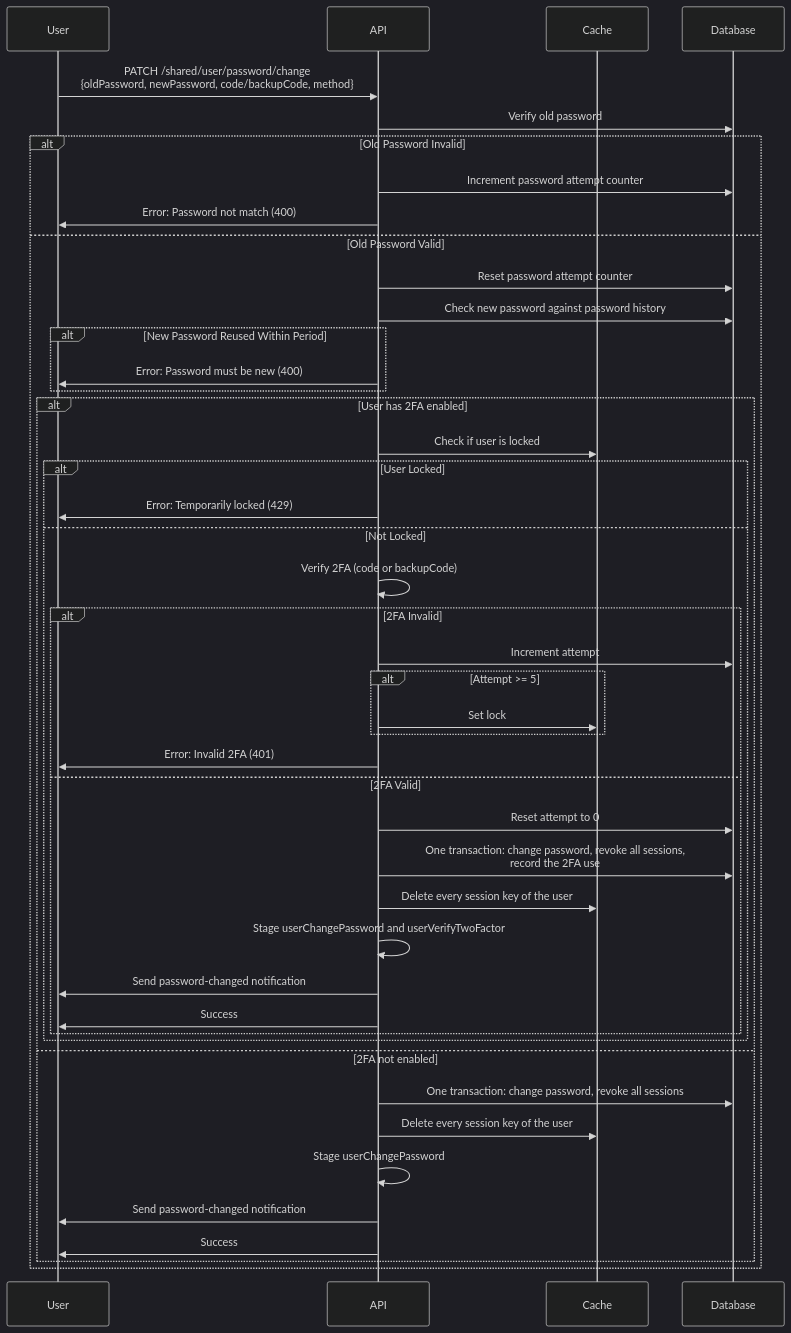
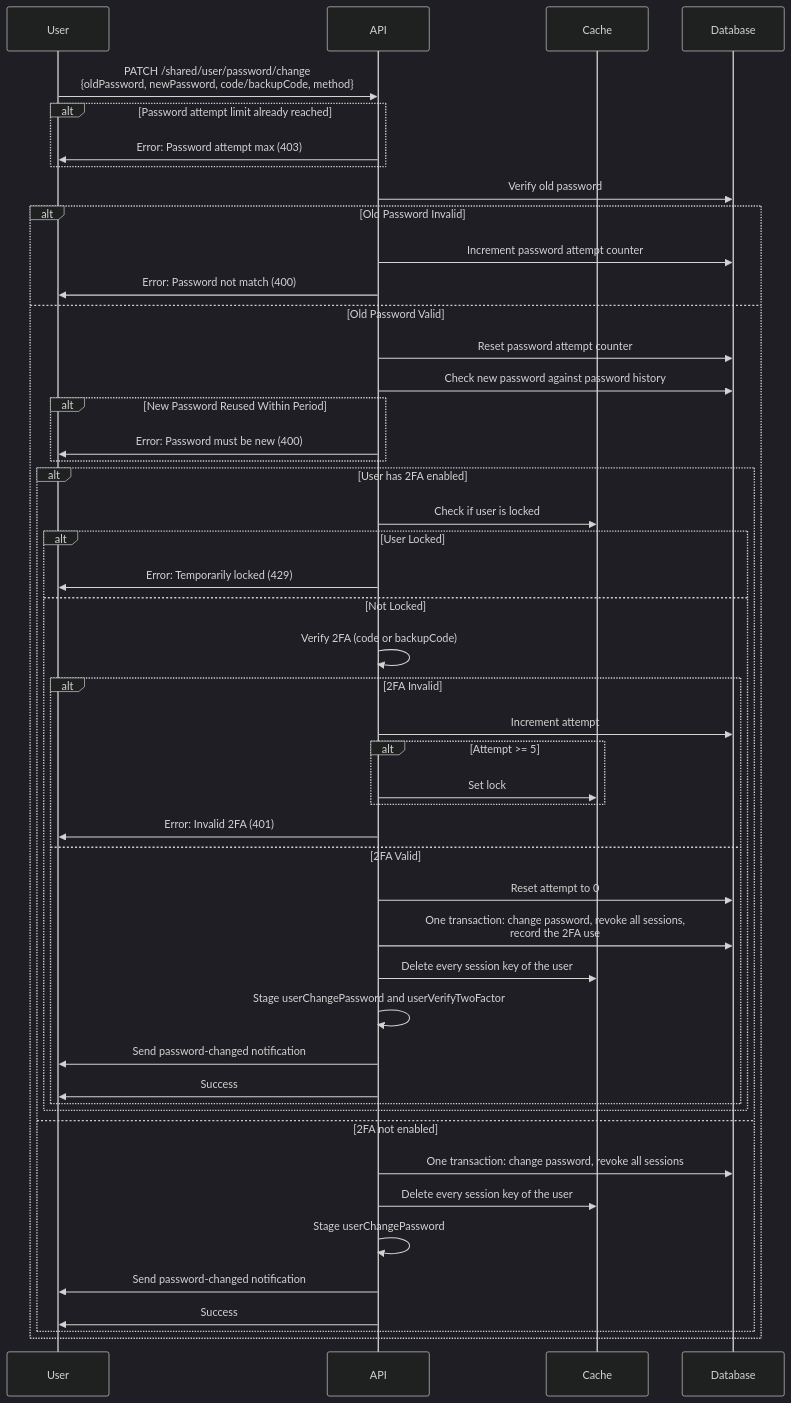
One commit to andrechristikan/ack-nestjs-boilerplate changed the seventh of 9 diagrams in docs/two-factor.md. Above: the diagram before and after it, drawn with Mermaid (dark theme). The commit also changed other lines of this file and 1195 other files, not shown here.

````diff
--- a/docs/two-factor.md
+++ b/docs/two-factor.md
@@ -436,48 +436,51 @@
 ```mermaid
 sequenceDiagram
     participant User
     participant API
     participant Cache
     participant Database
 
     User->>API: PATCH /shared/user/password/change<br/>{oldPassword, newPassword, code/backupCode, method}
+    alt Password attempt limit already reached
+        API->>User: Error: Password attempt max (403)
+    end
     API->>Database: Verify old password
     alt Old Password Invalid
         API->>Database: Increment password attempt counter
         API->>User: Error: Password not match (400)
     else Old Password Valid
         API->>Database: Reset password attempt counter
         API->>Database: Check new password against password history
         alt New Password Reused Within Period
             API->>User: Error: Password must be new (400)
         end
         alt User has 2FA enabled
             API->>Cache: Check if user is locked
             alt User Locked
                 API->>User: Error: Temporarily locked (429)
             else Not Locked
                 API->>API: Verify 2FA (code or backupCode)
                 alt 2FA Invalid
                     API->>Database: Increment attempt
                     alt Attempt >= 5
                         API->>Cache: Set lock
                     end
                     API->>User: Error: Invalid 2FA (401)
                 else 2FA Valid
                     API->>Database: Reset attempt to 0
                     API->>Database: One transaction: change password, revoke all sessions,<br/>record the 2FA use
                     API->>Cache: Delete every session key of the user
                     API->>API: Stage userChangePassword and userVerifyTwoFactor
                     API->>User: Send password-changed notification
                     API->>User: Success
                 end
             end
         else 2FA not enabled
             API->>Database: One transaction: change password, revoke all sessions
             API->>Cache: Delete every session key of the user
             API->>API: Stage userChangePassword
             API->>User: Send password-changed notification
             API->>User: Success
         end
     end
 ```
````
